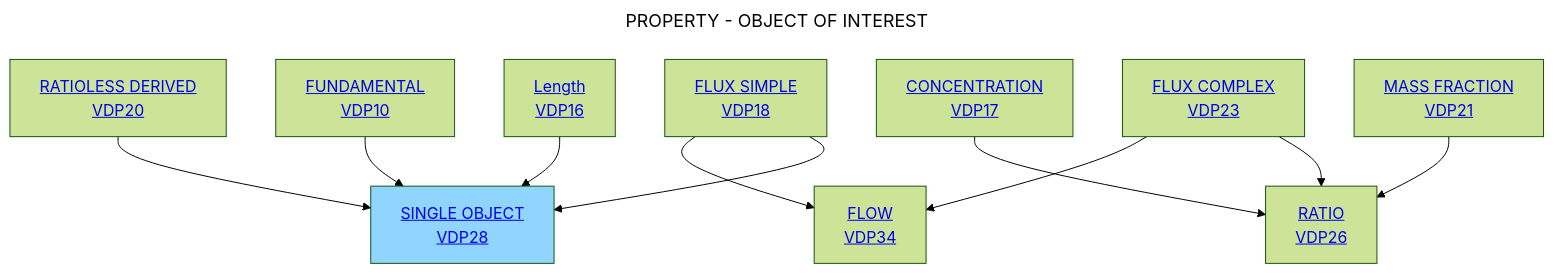
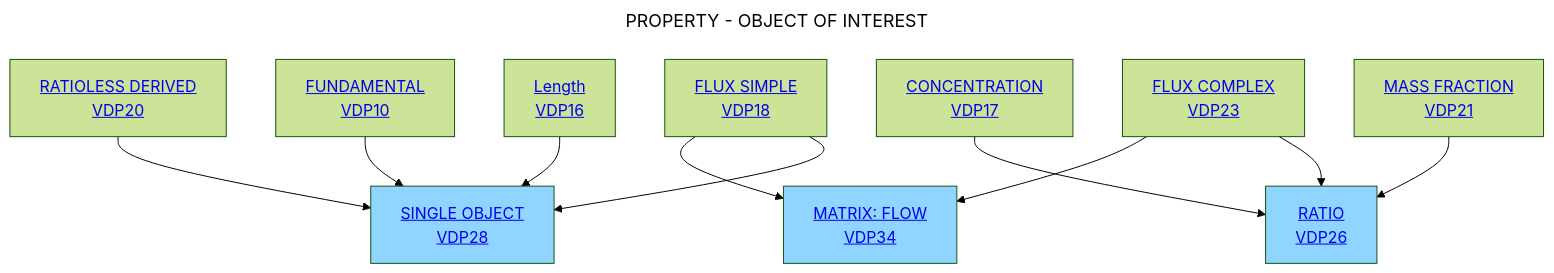
The diagram in Decisition_trees/DT6.mmd (mabablue/I-ADOPT-patterns-playground), drawn with Mermaid (forest theme) before and after one commit.

```diff
--- a/Decisition_trees/DT6.mmd
+++ b/Decisition_trees/DT6.mmd
@@ -1,15 +1,15 @@
 ---
 title: PROPERTY - OBJECT OF INTEREST
 ---
 flowchart TD
     A[<a href='https://github.com/mabablue/I-ADOPT-patterns-playground/blob/main/pattern/VDP16.yaml'>Length <br> VDP16</a>] --> C[<a href='https://github.com/mabablue/I-ADOPT-patterns-playground/blob/main/pattern/VDP16.yaml'>SINGLE OBJECT <br> VDP28</a>]:::blue
     B[<a href='https://github.com/mabablue/I-ADOPT-patterns-playground/blob/main/pattern/VDP10.yaml'>FUNDAMENTAL <br> VDP10</a>]  --> C
     D[<a href='https://github.com/mabablue/I-ADOPT-patterns-playground/blob/main/pattern/VDP10.yaml'>RATIOLESS DERIVED <br> VDP20</a>] --> C
-    L[<a href='https://github.com/mabablue/I-ADOPT-patterns-playground/blob/main/pattern/VDP10.yaml'>MASS FRACTION <br> VDP21</a>] --> F[<a href='https://github.com/mabablue/I-ADOPT-patterns-playground/blob/main/pattern/VDP16.yaml'>RATIO <br> VDP26</a>]
+    L[<a href='https://github.com/mabablue/I-ADOPT-patterns-playground/blob/main/pattern/VDP10.yaml'>MASS FRACTION <br> VDP21</a>] --> F[<a href='https://github.com/mabablue/I-ADOPT-patterns-playground/blob/main/pattern/VDP16.yaml'>RATIO <br> VDP26</a>]:::blue
     M[<a href='https://github.com/mabablue/I-ADOPT-patterns-playground/blob/main/pattern/VDP10.yaml'>CONCENTRATION <br> VDP17</a>] --> F
     H[<a href='https://github.com/mabablue/I-ADOPT-patterns-playground/blob/main/pattern/VDP10.yaml'>FLUX SIMPLE <br> VDP18</a>] --> C
     I[<a href='https://github.com/mabablue/I-ADOPT-patterns-playground/blob/main/pattern/VDP10.yaml'>FLUX COMPLEX <br> VDP23</a>] --> F
-    H --> K[<a href='https://github.com/mabablue/I-ADOPT-patterns-playground/blob/main/pattern/VDP10.yaml'>FLOW <br> VDP34</a>] 
+    H --> K[<a href='https://github.com/mabablue/I-ADOPT-patterns-playground/blob/main/pattern/VDP10.yaml'>MATRIX: FLOW <br> VDP34</a>]:::blue
     I --> K
 
    classDef blue fill:#90D5FF
```
